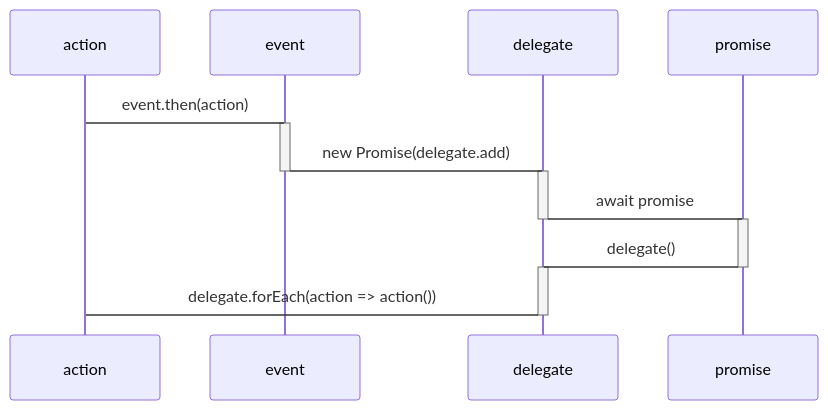
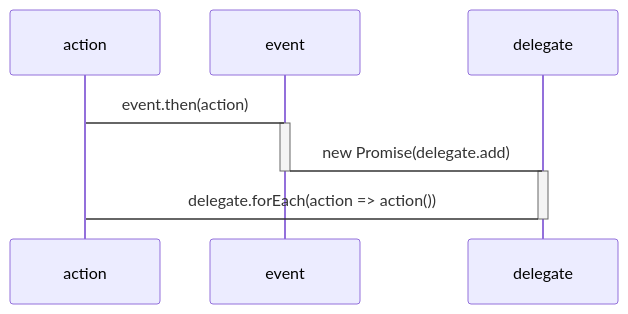
One commit to domrally/peekeasy changed the fourth of 4 diagrams in README.md. Above: the diagram before and after it, drawn with Mermaid.

````diff
--- a/README.md
+++ b/README.md
@@ -194,16 +194,10 @@
 ```mermaid
 sequenceDiagram
     action->event: event.then(action)
     activate event
     event->delegate: new Promise(delegate.add)
     deactivate event
     activate delegate
-    delegate->promise: await promise
-    deactivate delegate
-    activate promise
-    promise->delegate: delegate()
-    deactivate promise
-    activate delegate
     delegate->action: delegate.forEach(action => action())
     deactivate delegate
 ```
````
